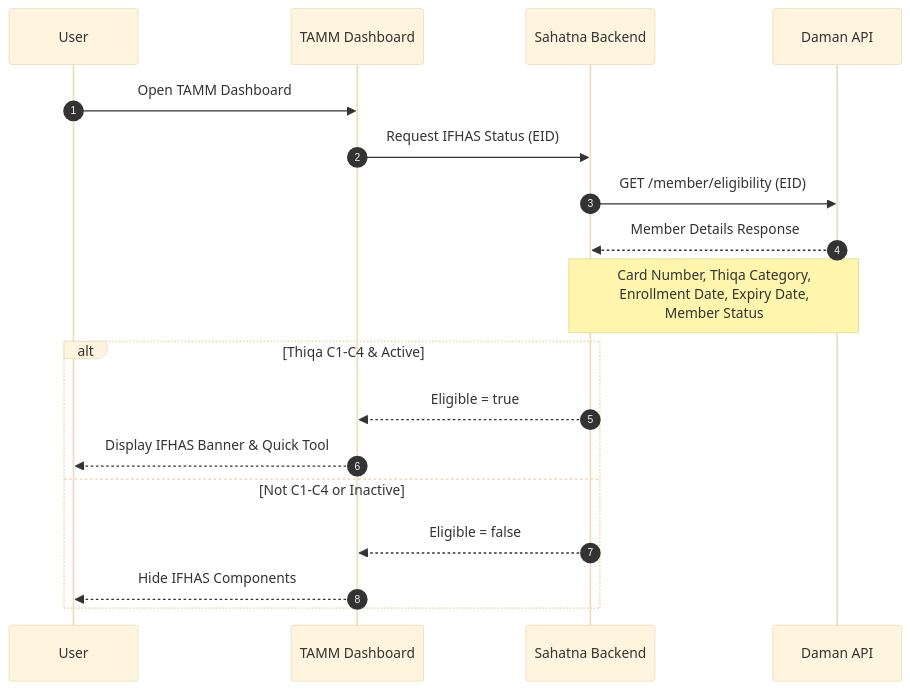
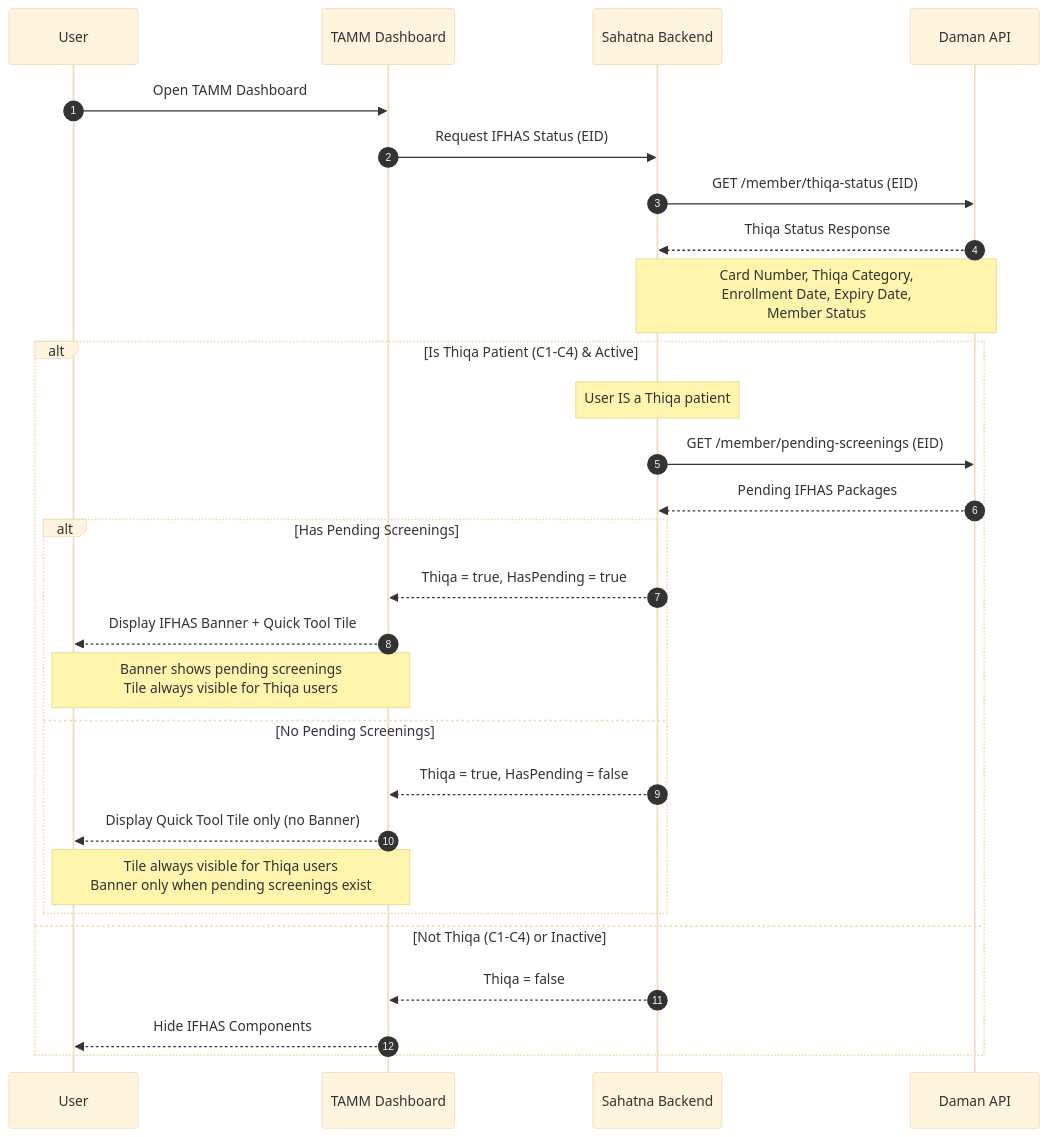
One commit to shlapolosa/local-ai-packaged changed the first of 11 diagrams in IFHAS_Sequence_Diagrams.md. Above: the diagram before and after it, drawn with Mermaid (base theme). The commit also changed other lines of this file and 1 other file, not shown here.

````diff
--- a/IFHAS_Sequence_Diagrams.md
+++ b/IFHAS_Sequence_Diagrams.md
@@ -5,22 +5,37 @@
 ```mermaid
 sequenceDiagram
     autonumber
     participant U as User
     participant T as TAMM Dashboard
     participant S as Sahatna Backend
     participant D as Daman API
 
     U->>T: Open TAMM Dashboard
     T->>S: Request IFHAS Status (EID)
-    S->>D: GET /member/eligibility (EID)
-    D-->>S: Member Details Response
+
+    %% Step 1: Thiqa Category Check (Yes/No)
+    S->>D: GET /member/thiqa-status (EID)
+    D-->>S: Thiqa Status Response
     Note over D,S: Card Number, Thiqa Category,<br/>Enrollment Date, Expiry Date,<br/>Member Status
 
-    alt Thiqa C1-C4 & Active
-        S-->>T: Eligible = true
-        T-->>U: Display IFHAS Banner & Quick Tool
-    else Not C1-C4 or Inactive
-        S-->>T: Eligible = false
+    alt Is Thiqa Patient (C1-C4) & Active
+        Note over S: User IS a Thiqa patient
+
+        %% Step 2: Get Pending Screenings (separate step)
+        S->>D: GET /member/pending-screenings (EID)
+        D-->>S: Pending IFHAS Packages
+
+        alt Has Pending Screenings
+            S-->>T: Thiqa = true, HasPending = true
+            T-->>U: Display IFHAS Banner + Quick Tool Tile
+            Note over T,U: Banner shows pending screenings<br/>Tile always visible for Thiqa users
+        else No Pending Screenings
+            S-->>T: Thiqa = true, HasPending = false
+            T-->>U: Display Quick Tool Tile only (no Banner)
+            Note over T,U: Tile always visible for Thiqa users<br/>Banner only when pending screenings exist
+        end
+    else Not Thiqa (C1-C4) or Inactive
+        S-->>T: Thiqa = false
         T-->>U: Hide IFHAS Components
     end
 ```
````
